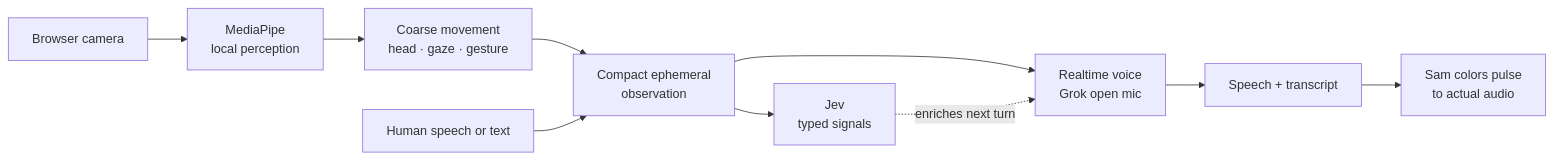
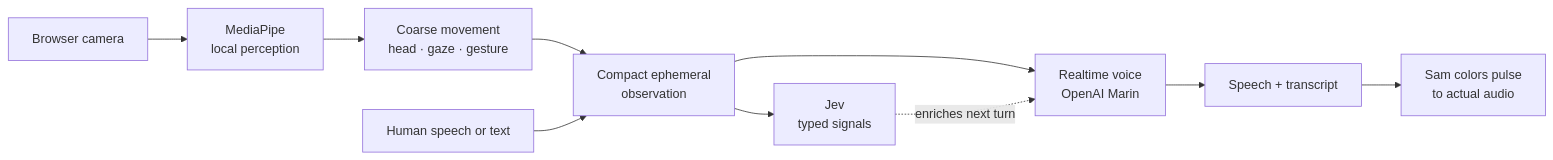
The diagram in ARCHITECTURE.md (FibonacciAi/sam-presence), drawn with Mermaid before and after one commit. The commit also changed other lines of this file, not shown here.

Commit message:
Align technical walkthrough with Marin relay and Carina fallback

````diff
--- a/ARCHITECTURE.md
+++ b/ARCHITECTURE.md
@@ -5,12 +5,12 @@
 ```mermaid
 flowchart LR
   A[Browser camera] --> B[MediaPipe<br/>local perception]
   B --> C[Coarse movement<br/>head · gaze · gesture]
   C --> D[Compact ephemeral<br/>observation]
   U[Human speech or text] --> D
   D --> E[Jev<br/>typed signals]
-  D --> F[Realtime voice<br/>Grok open mic]
+  D --> F[Realtime voice<br/>OpenAI Marin]
   E -. enriches next turn .-> F
   F --> G[Speech + transcript]
   G --> H[Sam colors pulse<br/>to actual audio]
 ```
````
